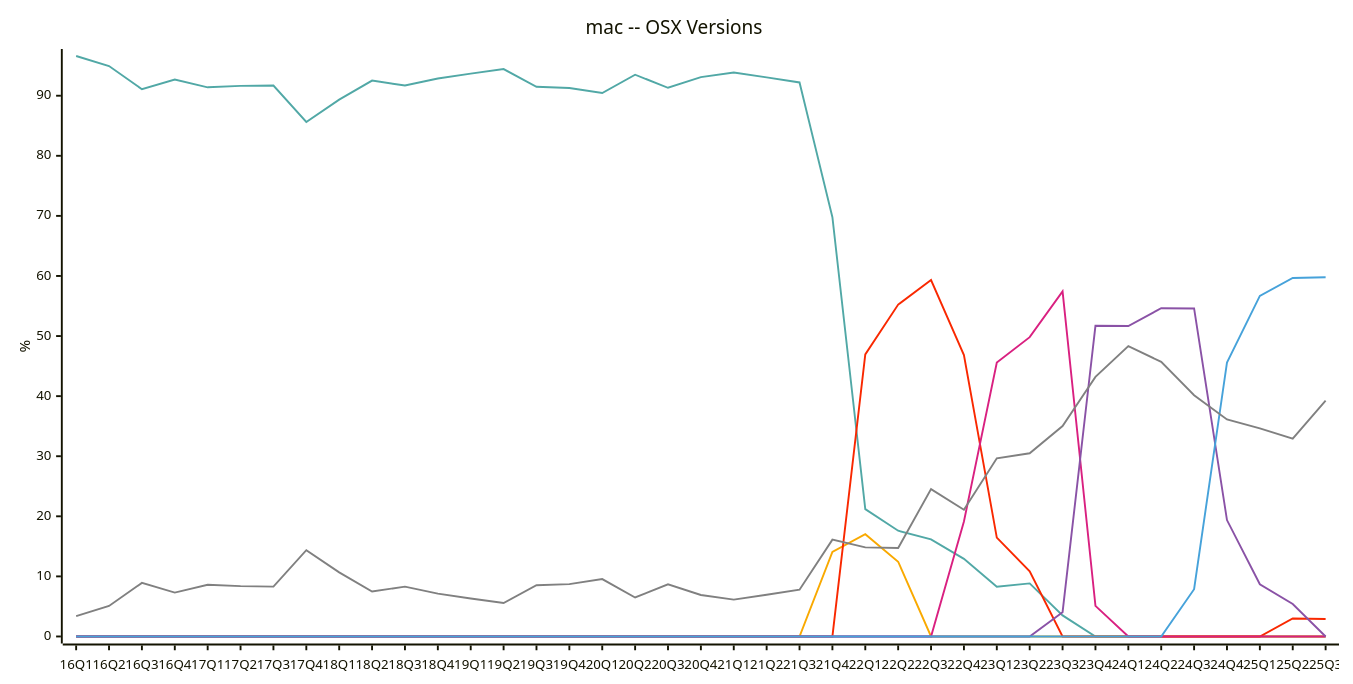
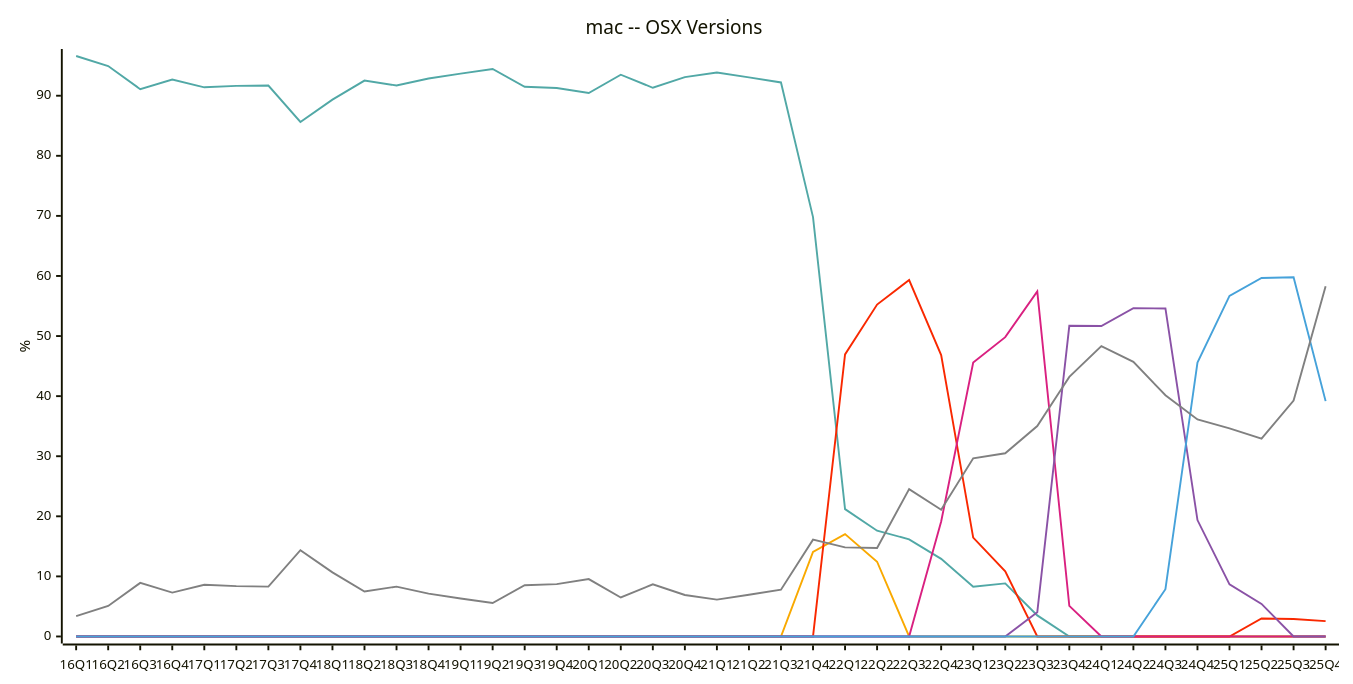
One commit to jdegene/steamHWsurvey changed diagram 14 of 23 in README.md. Above: the diagram before and after it, drawn with Mermaid. The commit also changed other lines of this file and 2 other files, not shown here.

````diff
--- a/README.md
+++ b/README.md
@@ -459,25 +459,25 @@
 ```mermaid
 ---
 config:
     xyChart:
         width: 1400
         height: 700
         
     themeVariables:
         xyChart:
             plotColorPalette: "#51a8a6,#f9a900,#f92800,#d92080,#8a52a6,#46a2da,#808080"
 
 --- 
 
 xychart-beta
     title "mac -- OSX Versions"
-    x-axis [16Q1, 16Q2, 16Q3, 16Q4, 17Q1, 17Q2, 17Q3, 17Q4, 18Q1, 18Q2, 18Q3, 18Q4, 19Q1, 19Q2, 19Q3, 19Q4, 20Q1, 20Q2, 20Q3, 20Q4, 21Q1, 21Q2, 21Q3, 21Q4, 22Q1, 22Q2, 22Q3, 22Q4, 23Q1, 23Q2, 23Q3, 23Q4, 24Q1, 24Q2, 24Q3, 24Q4, 25Q1, 25Q2, 25Q3]
+    x-axis [16Q1, 16Q2, 16Q3, 16Q4, 17Q1, 17Q2, 17Q3, 17Q4, 18Q1, 18Q2, 18Q3, 18Q4, 19Q1, 19Q2, 19Q3, 19Q4, 20Q1, 20Q2, 20Q3, 20Q4, 21Q1, 21Q2, 21Q3, 21Q4, 22Q1, 22Q2, 22Q3, 22Q4, 23Q1, 23Q2, 23Q3, 23Q4, 24Q1, 24Q2, 24Q3, 24Q4, 25Q1, 25Q2, 25Q3, 25Q4]
     y-axis "%" 
-    line [96.60666666666667, 94.94000000000001, 91.09, 92.69666666666666, 91.4, 91.63333333333333, 91.69999999999999, 85.64, 89.34333333333333, 92.51499999999999, 91.70333333333333, 92.86666666666666, 93.67999999999999, 94.44, 91.48333333333333, 91.28666666666666, 90.46, 93.5, 91.325, 93.10000000000001, 93.85666666666667, 93.06, 92.21000000000001, 69.78999999999999, 21.2, 17.6, 16.17, 12.925, 8.28, 8.836666666666666, 3.51, 0, 0, 0, 0, 0, 0, 0, 0]
-    line [0, 0, 0, 0, 0, 0, 0, 0, 0, 0, 0, 0, 0, 0, 0, 0, 0, 0, 0, 0, 0, 0, 0, 14.09, 17.03, 12.44, 0, 0, 0, 0, 0, 0, 0, 0, 0, 0, 0, 0, 0]
-    line [0, 0, 0, 0, 0, 0, 0, 0, 0, 0, 0, 0, 0, 0, 0, 0, 0, 0, 0, 0, 0, 0, 0, 0, 46.945, 55.24, 59.32000000000001, 46.839999999999996, 16.465000000000003, 10.86, 0, 0, 0, 0, 0, 0, 0, 3.0, 2.91]
-    line [0, 0, 0, 0, 0, 0, 0, 0, 0, 0, 0, 0, 0, 0, 0, 0, 0, 0, 0, 0, 0, 0, 0, 0, 0, 0, 0, 19.145, 45.595, 49.82, 57.43000000000001, 5.09, 0, 0, 0, 0, 0, 0, 0]
-    line [0, 0, 0, 0, 0, 0, 0, 0, 0, 0, 0, 0, 0, 0, 0, 0, 0, 0, 0, 0, 0, 0, 0, 0, 0, 0, 0, 0, 0, 0, 4.04, 51.71, 51.68000000000001, 54.62666666666666, 54.59666666666667, 19.37333333333333, 8.683333333333334, 5.413333333333333, 0]
-    line [0, 0, 0, 0, 0, 0, 0, 0, 0, 0, 0, 0, 0, 0, 0, 0, 0, 0, 0, 0, 0, 0, 0, 0, 0, 0, 0, 0, 0, 0, 0, 0, 0, 0, 7.869999999999999, 45.58333333333333, 56.68333333333333, 59.66666666666667, 59.776666666666664]
-    line [3.38, 5.073333333333333, 8.92, 7.3, 8.61, 8.373333333333333, 8.3, 14.356666666666666, 10.673333333333336, 7.489999999999999, 8.296666666666667, 7.13, 6.3133333333333335, 5.57, 8.52, 8.709999999999999, 9.55, 6.49, 8.68, 6.905, 6.136666666666666, 6.946666666666666, 7.785, 16.12, 14.829999999999998, 14.719999999999999, 24.52, 21.085, 29.65, 30.493333333333332, 35.02, 43.205, 48.32, 45.7, 40.160000000000004, 36.11333333333333, 34.63666666666666, 32.92, 39.25333333333334]
+    line [96.60666666666667, 94.94000000000001, 91.09, 92.69666666666666, 91.4, 91.63333333333333, 91.69999999999999, 85.64, 89.34333333333333, 92.51499999999999, 91.70333333333333, 92.86666666666666, 93.67999999999999, 94.44, 91.48333333333333, 91.28666666666666, 90.46, 93.5, 91.325, 93.10000000000001, 93.85666666666667, 93.06, 92.21000000000001, 69.78999999999999, 21.2, 17.6, 16.17, 12.925, 8.28, 8.836666666666666, 3.51, 0, 0, 0, 0, 0, 0, 0, 0, 0]
+    line [0, 0, 0, 0, 0, 0, 0, 0, 0, 0, 0, 0, 0, 0, 0, 0, 0, 0, 0, 0, 0, 0, 0, 14.09, 17.03, 12.44, 0, 0, 0, 0, 0, 0, 0, 0, 0, 0, 0, 0, 0, 0]
+    line [0, 0, 0, 0, 0, 0, 0, 0, 0, 0, 0, 0, 0, 0, 0, 0, 0, 0, 0, 0, 0, 0, 0, 0, 46.945, 55.24, 59.32000000000001, 46.839999999999996, 16.465000000000003, 10.86, 0, 0, 0, 0, 0, 0, 0, 3.0, 2.91, 2.55]
+    line [0, 0, 0, 0, 0, 0, 0, 0, 0, 0, 0, 0, 0, 0, 0, 0, 0, 0, 0, 0, 0, 0, 0, 0, 0, 0, 0, 19.145, 45.595, 49.82, 57.43000000000001, 5.09, 0, 0, 0, 0, 0, 0, 0, 0]
+    line [0, 0, 0, 0, 0, 0, 0, 0, 0, 0, 0, 0, 0, 0, 0, 0, 0, 0, 0, 0, 0, 0, 0, 0, 0, 0, 0, 0, 0, 0, 4.04, 51.71, 51.68000000000001, 54.62666666666666, 54.59666666666667, 19.37333333333333, 8.683333333333334, 5.413333333333333, 0, 0]
+    line [0, 0, 0, 0, 0, 0, 0, 0, 0, 0, 0, 0, 0, 0, 0, 0, 0, 0, 0, 0, 0, 0, 0, 0, 0, 0, 0, 0, 0, 0, 0, 0, 0, 0, 7.869999999999999, 45.58333333333333, 56.68333333333333, 59.66666666666667, 59.776666666666664, 39.17]
+    line [3.38, 5.073333333333333, 8.92, 7.3, 8.61, 8.373333333333333, 8.3, 14.356666666666666, 10.673333333333336, 7.489999999999999, 8.296666666666667, 7.13, 6.3133333333333335, 5.57, 8.52, 8.709999999999999, 9.55, 6.49, 8.68, 6.905, 6.136666666666666, 6.946666666666666, 7.785, 16.12, 14.829999999999998, 14.719999999999999, 24.52, 21.085, 29.65, 30.493333333333332, 35.02, 43.205, 48.32, 45.7, 40.160000000000004, 36.11333333333333, 34.63666666666666, 32.92, 39.25333333333334, 58.28]
 ``` 
````
